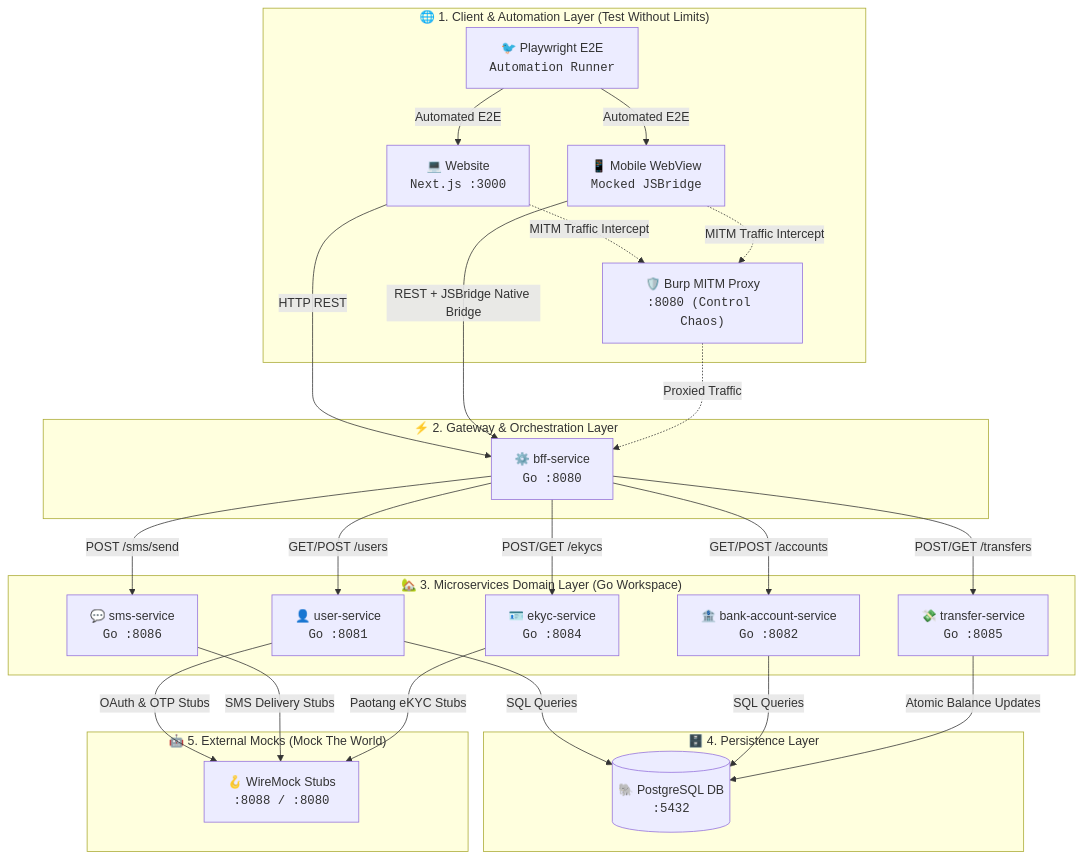
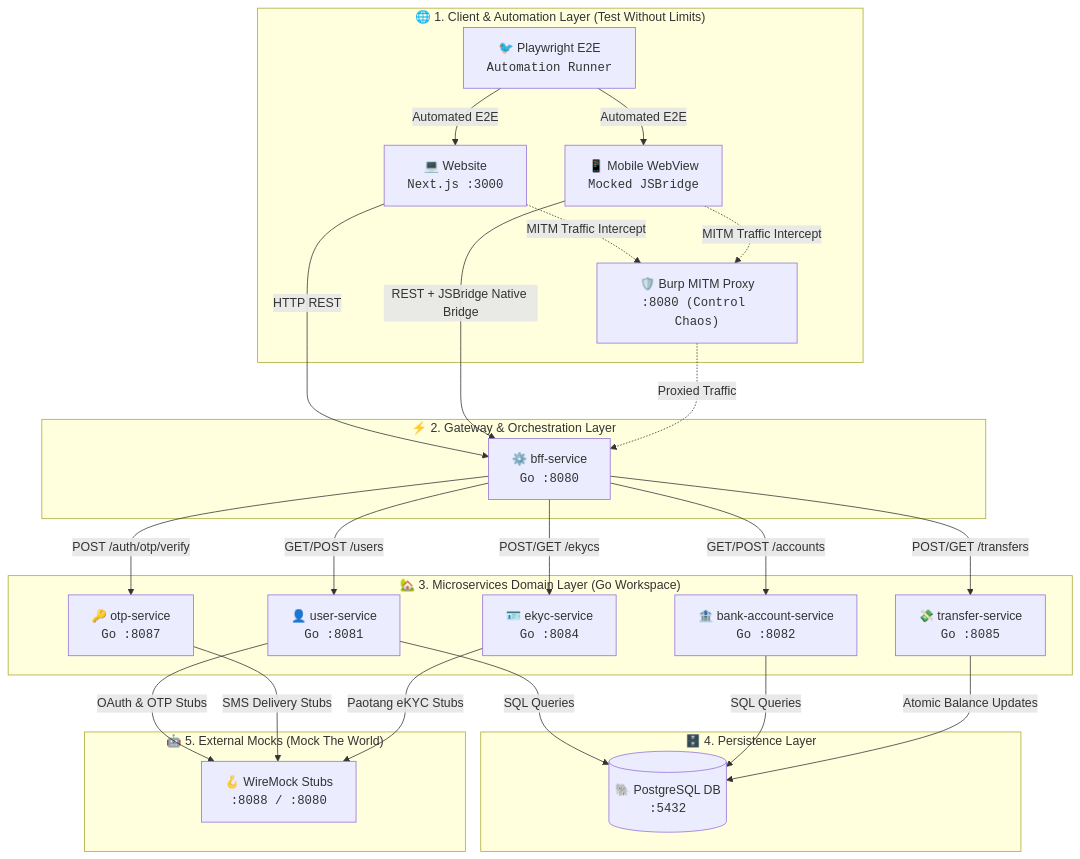
One commit to SiwakornSitti/ultra-smoooooth-testing changed the diagram in WORKSHOP.md. Above: the diagram before and after it, drawn with Mermaid. The commit also changed other lines of this file and 10 other files, not shown here.

Commit message:
docs: update slide deck, workshop documentation, and WireMock stubs

````diff
--- a/WORKSHOP.md
+++ b/WORKSHOP.md
@@ -11,51 +15,51 @@
 ```mermaid
 flowchart TD
     subgraph Clients["🌐 1. Client & Automation Layer (Test Without Limits)"]
         Website["💻 Website<br/><code>Next.js :3000</code>"]
         BridgeWebsite["📱 Mobile WebView<br/><code>Mocked JSBridge</code>"]
         Playwright["🐦 Playwright E2E<br/><code>Automation Runner</code>"]
         Burp["🛡️ Burp MITM Proxy<br/><code>:8080 (Control Chaos)</code>"]
     end
 
     subgraph API_Gateway["⚡ 2. Gateway & Orchestration Layer"]
         BFF["⚙️ bff-service<br/><code>Go :8080</code>"]
     end
 
     subgraph Core_Services["🏡 3. Microservices Domain Layer (Go Workspace)"]
         UserService["👤 user-service<br/><code>Go :8081</code>"]
         BankService["🏦 bank-account-service<br/><code>Go :8082</code>"]
         EKYCService["🪪 ekyc-service<br/><code>Go :8084</code>"]
         TransferService["💸 transfer-service<br/><code>Go :8085</code>"]
-        SMSService["💬 sms-service<br/><code>Go :8086</code>"]
+        OTPService["🔑 otp-service<br/><code>Go :8087</code>"]
     end
 
     subgraph Persistence["🗄️ 4. Persistence Layer"]
         DB[("🐘 PostgreSQL DB<br/><code>:5432</code>")]
     end
 
     subgraph External_Mocks["🤖 5. External Mocks (Mock The World)"]
         WireMock["🪝 WireMock Stubs<br/><code>:8088 / :8080</code>"]
     end
 
     Website -->|HTTP REST| BFF
     BridgeWebsite -->|REST + JSBridge Native Bridge| BFF
     Playwright -->|Automated E2E| Website
     Playwright -->|Automated E2E| BridgeWebsite
     Website -.->|MITM Traffic Intercept| Burp
     BridgeWebsite -.->|MITM Traffic Intercept| Burp
     Burp -.->|Proxied Traffic| BFF
 
     BFF -->|GET/POST /users| UserService
     BFF -->|GET/POST /accounts| BankService
     BFF -->|POST/GET /ekycs| EKYCService
     BFF -->|POST/GET /transfers| TransferService
-    BFF -->|POST /sms/send| SMSService
+    BFF -->|POST /auth/otp/verify| OTPService
 
     UserService -->|SQL Queries| DB
     BankService -->|SQL Queries| DB
     TransferService -->|Atomic Balance Updates| DB
 
     UserService -->|OAuth & OTP Stubs| WireMock
-    SMSService -->|SMS Delivery Stubs| WireMock
+    OTPService -->|SMS Delivery Stubs| WireMock
     EKYCService -->|Paotang eKYC Stubs| WireMock
 ```
````
